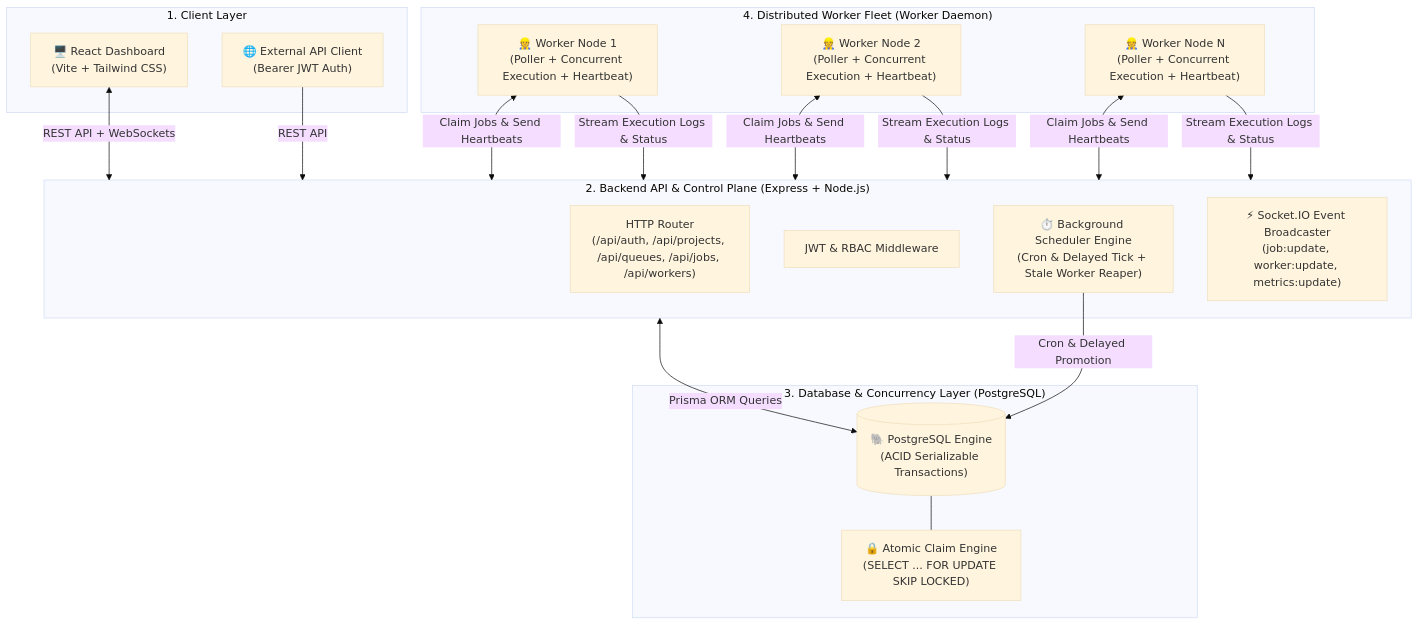
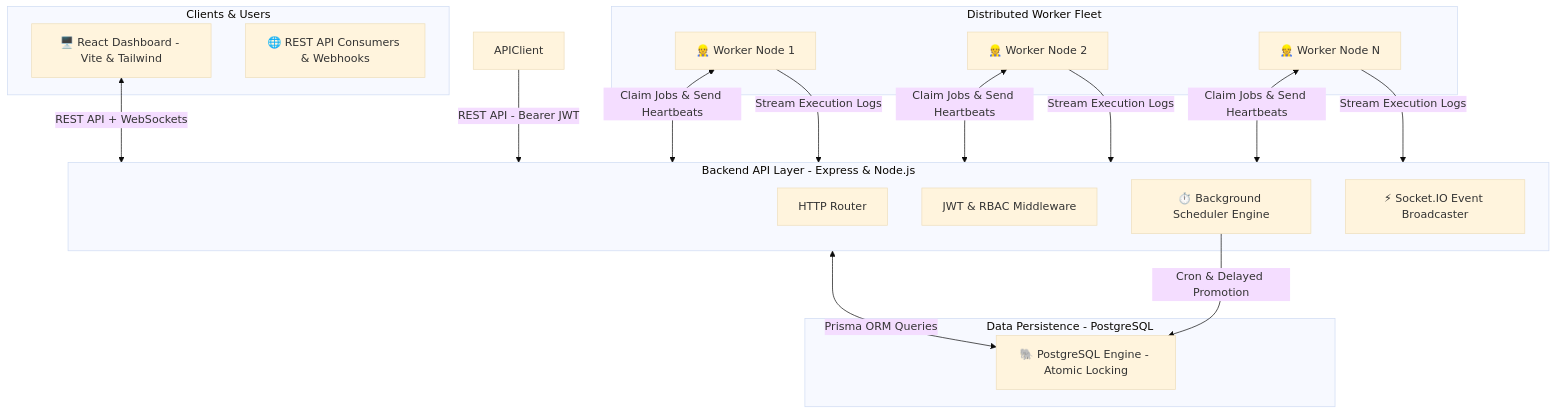
One commit to mansi-1709/JobSchedular changed the first of 3 diagrams in ARCHITECTURE.md. Above: the diagram before and after it, drawn with Mermaid (base theme). The commit also changed other lines of this file and 1 other file, not shown here.

Commit message:
docs: fix Mermaid syntax for GitHub compatibility

````diff
--- a/ARCHITECTURE.md
+++ b/ARCHITECTURE.md
@@ -16,40 +16,38 @@
 ```mermaid
 flowchart TD
-    subgraph Clients["1. Client Layer"]
-        Dashboard["🖥️ React Dashboard\n(Vite + Tailwind CSS)"]
-        APIClient["🌐 External API Client\n(Bearer JWT Auth)"]
+    subgraph Clients["Clients & Users"]
+        Browser["🖥️ React Dashboard - Vite & Tailwind"]
+        ExternalAPI["🌐 REST API Consumers & Webhooks"]
     end
 
-    subgraph APILayer["2. Backend API & Control Plane (Express + Node.js)"]
-        Router["HTTP Router\n(/api/auth, /api/projects, /api/queues, /api/jobs, /api/workers)"]
+    subgraph APILayer["Backend API Layer - Express & Node.js"]
+        Router["HTTP Router"]
         AuthGuard["JWT & RBAC Middleware"]
-        Scheduler["⏱️ Background Scheduler Engine\n(Cron & Delayed Tick + Stale Worker Reaper)"]
-        SocketEngine["⚡ Socket.IO Event Broadcaster\n(job:update, worker:update, metrics:update)"]
+        Scheduler["⏱️ Background Scheduler Engine"]
+        SocketEngine["⚡ Socket.IO Event Broadcaster"]
     end
 
-    subgraph DataPlane["3. Database & Concurrency Layer (PostgreSQL)"]
-        DB[("🐘 PostgreSQL Engine\n(ACID Serializable Transactions)")]
-        Locking["🔒 Atomic Claim Engine\n(SELECT ... FOR UPDATE SKIP LOCKED)"]
-        DB --- Locking
+    subgraph DataPlane["Data Persistence - PostgreSQL"]
+        DB["🐘 PostgreSQL Engine - Atomic Locking"]
     end
 
-    subgraph WorkerPlane["4. Distributed Worker Fleet (Worker Daemon)"]
-        W1["👷 Worker Node 1\n(Poller + Concurrent Execution + Heartbeat)"]
-        W2["👷 Worker Node 2\n(Poller + Concurrent Execution + Heartbeat)"]
-        WN["👷 Worker Node N\n(Poller + Concurrent Execution + Heartbeat)"]
+    subgraph WorkerPlane["Distributed Worker Fleet"]
+        W1["👷 Worker Node 1"]
+        W2["👷 Worker Node 2"]
+        WN["👷 Worker Node N"]
     end
 
-    Dashboard <-->|REST API + WebSockets| APILayer
-    APIClient -->|REST API| APILayer
+    Browser <-->|"REST API + WebSockets"| APILayer
+    APIClient -->|"REST API - Bearer JWT"| APILayer
 
-    APILayer <-->|Prisma ORM Queries| DB
-    Scheduler -->|Cron & Delayed Promotion| DB
+    APILayer <-->|"Prisma ORM Queries"| DB
+    Scheduler -->|"Cron & Delayed Promotion"| DB
 
-    W1 <-->|Claim Jobs & Send Heartbeats| APILayer
-    W2 <-->|Claim Jobs & Send Heartbeats| APILayer
-    WN <-->|Claim Jobs & Send Heartbeats| APILayer
+    W1 <-->|"Claim Jobs & Send Heartbeats"| APILayer
+    W2 <-->|"Claim Jobs & Send Heartbeats"| APILayer
+    WN <-->|"Claim Jobs & Send Heartbeats"| APILayer
 
-    W1 -->|Stream Execution Logs & Status| APILayer
-    W2 -->|Stream Execution Logs & Status| APILayer
-    WN -->|Stream Execution Logs & Status| APILayer
+    W1 -->|"Stream Execution Logs"| APILayer
+    W2 -->|"Stream Execution Logs"| APILayer
+    WN -->|"Stream Execution Logs"| APILayer
 ```
````
